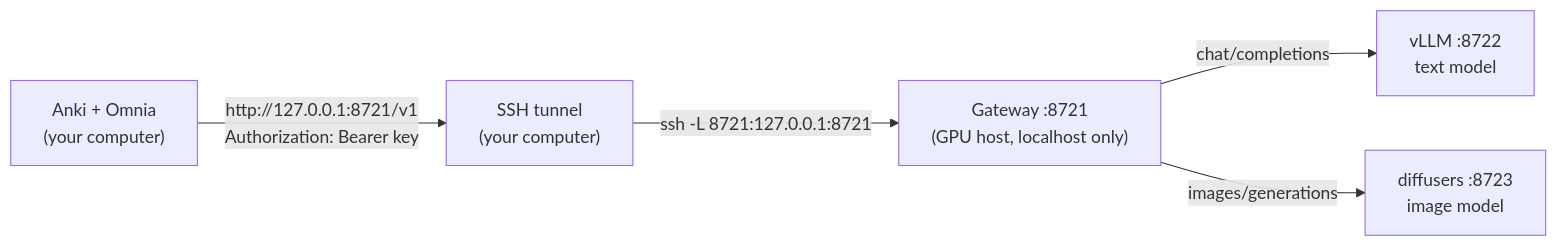
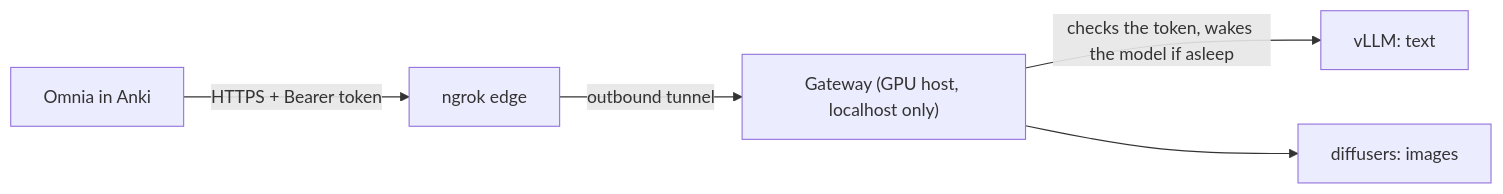
Before and after one commit to osirisQdt2810/omnia: the diagram in guidance/local-server/README.md, drawn with Mermaid. The commit also changed other lines of this file and 2 other files, not shown here.

First line of the commit message:
docs(guidance): the local-server guide is data flow, setup, and bringing your own server

````diff
--- a/guidance/local-server/README.md
+++ b/guidance/local-server/README.md
@@ -11,7 +8,7 @@
 ```mermaid
 flowchart LR
-  A["Anki + Omnia<br/>(your computer)"] -- "http://127.0.0.1:8721/v1<br/>Authorization: Bearer key" --> T["SSH tunnel<br/>(your computer)"]
-  T -- "ssh -L 8721:127.0.0.1:8721" --> G["Gateway :8721<br/>(GPU host, localhost only)"]
-  G -- "chat/completions" --> V["vLLM :8722<br/>text model"]
-  G -- "images/generations" --> D["diffusers :8723<br/>image model"]
+  A["Omnia in Anki"] -- "HTTPS + Bearer token" --> N["ngrok edge"]
+  N -- "outbound tunnel" --> G["Gateway (GPU host, localhost only)"]
+  G -- "checks the token, wakes the model if asleep" --> V["vLLM: text"]
+  G --> D["diffusers: images"]
 ```
````
